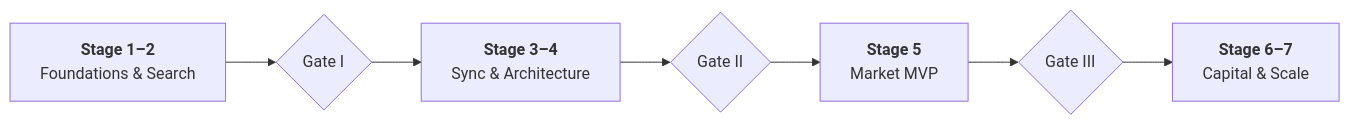
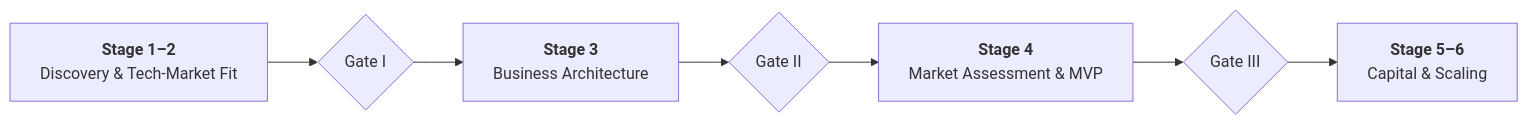
The first of 3 diagrams in vite-book/guides/how-to-conduct-stage-gate-audit.md (nghuyenthevinh2000/innovation-research), drawn with Mermaid before and after one commit. The commit also changed other lines of this file and 26 other files, not shown here.

Commit message:
feat(stages): merge Stage 2 and 3 into Technology-Market Fit 6-stage lifecycle

````diff
--- a/vite-book/guides/how-to-conduct-stage-gate-audit.md
+++ b/vite-book/guides/how-to-conduct-stage-gate-audit.md
@@ -13,9 +13,9 @@
 ```mermaid
 flowchart LR
-    S1["<b>Stage 1–2</b><br/>Foundations & Search"] --> G1{"Gate I"}
-    G1 --> S2["<b>Stage 3–4</b><br/>Sync & Architecture"]
-    G2{"Gate II"} --> S3["<b>Stage 5</b><br/>Market MVP"]
-    S2 --> G2
-    G3{"Gate III"} --> S4["<b>Stage 6–7</b><br/>Capital & Scale"]
-    S3 --> G3
+    S1["<b>Stage 1–2</b><br/>Discovery & Tech-Market Fit"] --> G1{"Gate I"}
+    G1 --> S2["<b>Stage 3</b><br/>Business Architecture"]
+    S2 --> G2{"Gate II"}
+    G2 --> S3["<b>Stage 4</b><br/>Market Assessment & MVP"]
+    S3 --> G3{"Gate III"}
+    G3 --> S4["<b>Stage 5–6</b><br/>Capital & Scaling"]
 ```
````
